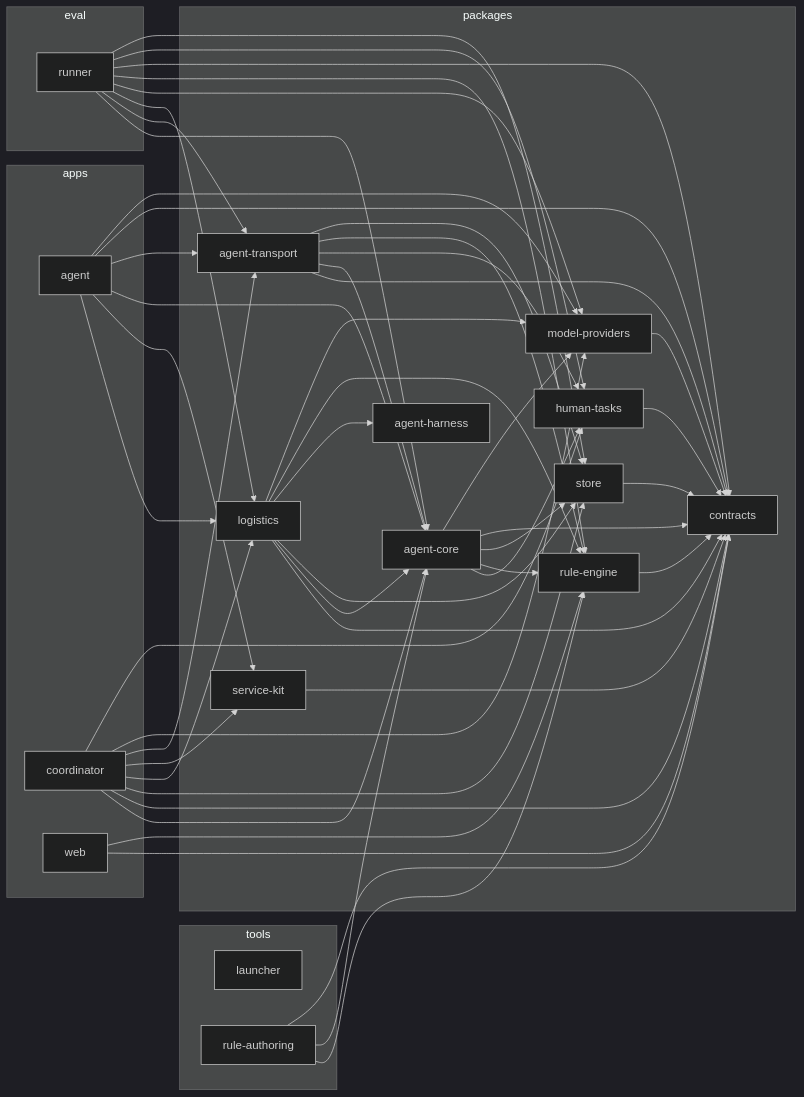
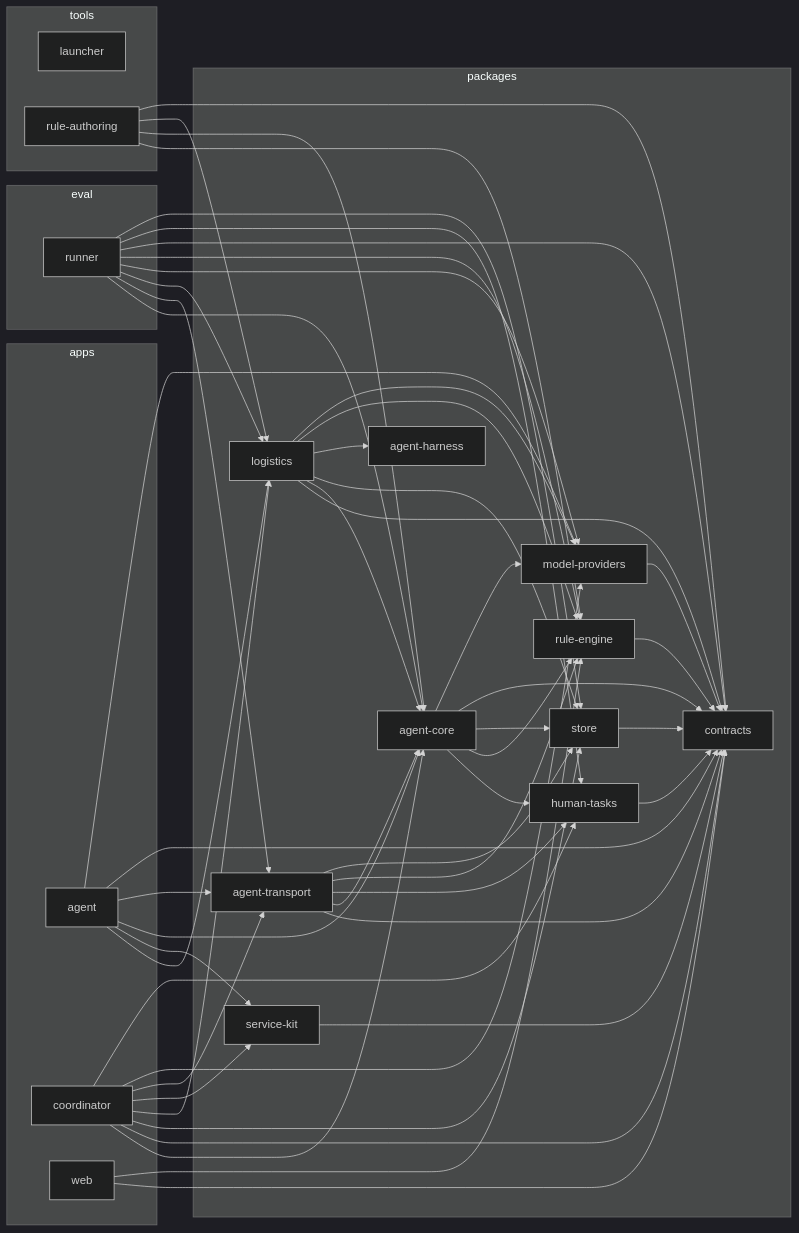
Before and after one commit to ClydeShen/durable-jev: the diagram in docs/architecture-graph.md, drawn with Mermaid (dark theme). The commit also changed 22 other files, not shown here.

````diff
--- a/docs/architecture-graph.md
+++ b/docs/architecture-graph.md
@@ -7,76 +7,77 @@
 ```mermaid
 flowchart LR
 
 subgraph 0["apps"]
 1["agent"]
 2["coordinator"]
 3["web"]
 end
 subgraph 4["eval"]
 5["runner"]
 end
 subgraph 6["packages"]
 7["agent-core"]
 8["agent-harness"]
 9["agent-transport"]
 A["contracts"]
 B["human-tasks"]
 C["logistics"]
 D["model-providers"]
 E["rule-engine"]
 F["service-kit"]
 G["store"]
 end
 subgraph H["tools"]
 I["launcher"]
 J["rule-authoring"]
 end
 1-->C
 1-->F
 1-->7
 1-->9
 1-->A
 1-->D
 2-->7
 2-->A
 2-->G
 2-->C
 2-->F
 2-->9
 2-->D
 2-->B
 3-->A
 3-->E
 5-->7
 5-->9
 5-->C
 5-->D
 5-->E
 5-->A
 5-->B
 5-->G
 7-->B
 7-->E
 7-->G
 7-->A
 7-->D
 9-->A
 9-->7
 9-->B
 9-->E
 9-->G
 B-->A
 C-->A
 C-->7
 C-->G
 C-->8
 C-->E
 C-->D
 D-->A
 E-->A
 F-->A
 G-->A
 J-->E
 J-->7
+J-->C
 J-->A
 ```
````
